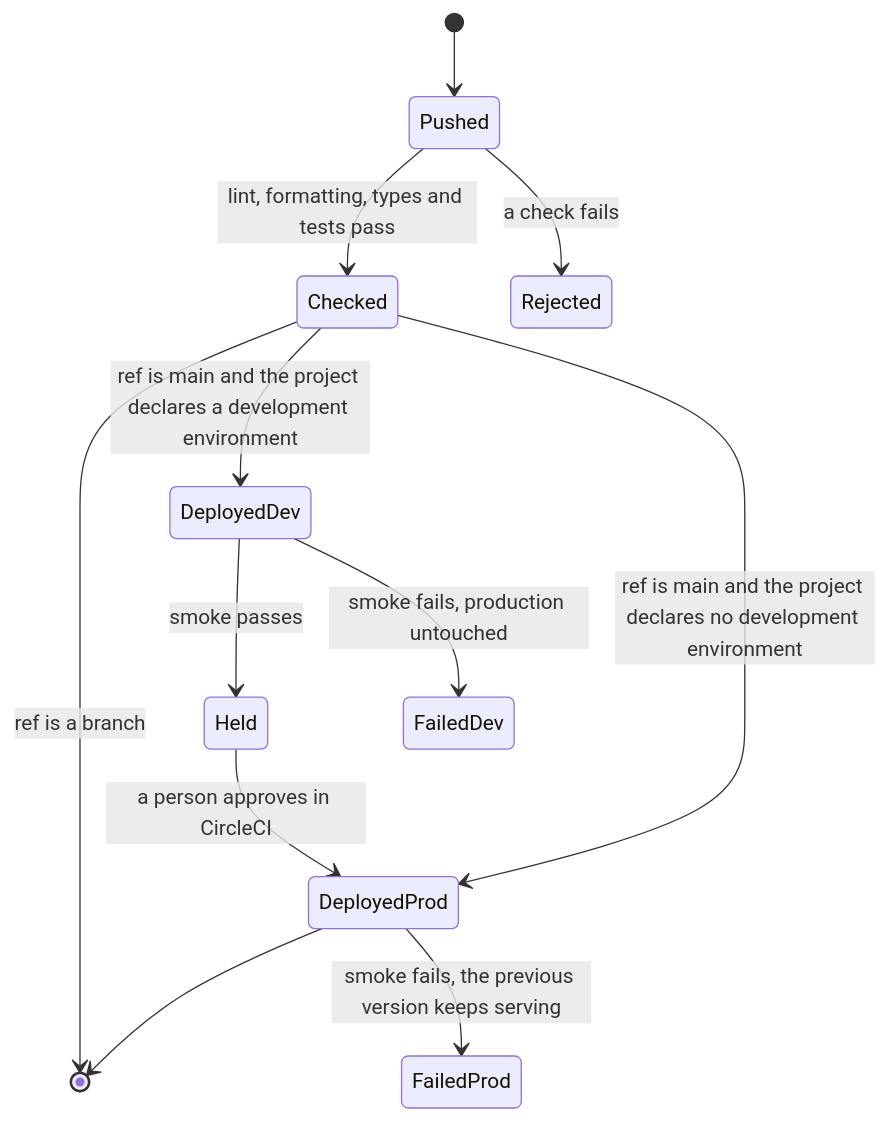
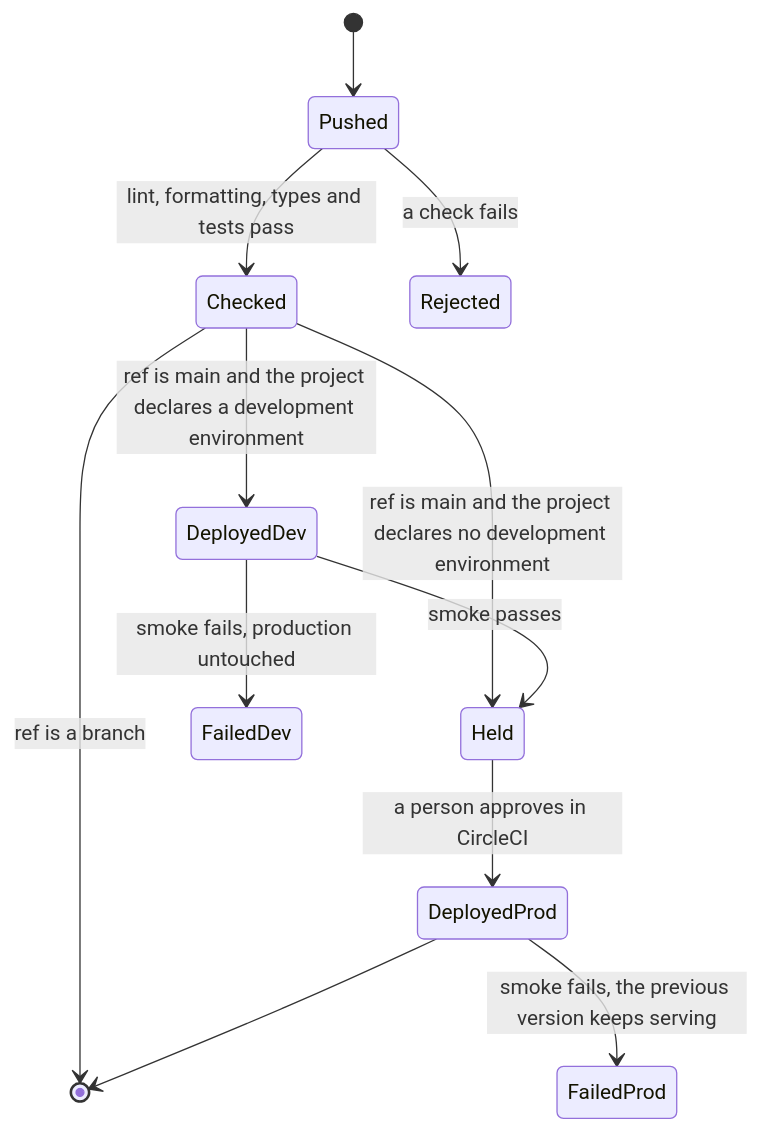
One commit to NextNodeSolutions/infrastructure changed the diagram in README.md. Above: the diagram before and after it, drawn with Mermaid. The commit also changed other lines of this file and 4 other files, not shown here.

````diff
--- a/README.md
+++ b/README.md
@@ -7,14 +7,14 @@
 ```mermaid
 stateDiagram-v2
     [*] --> Pushed
     Pushed --> Checked: lint, formatting, types and tests pass
     Pushed --> Rejected: a check fails
     Checked --> [*]: ref is a branch
     Checked --> DeployedDev: ref is main and the project declares a development environment
-    Checked --> DeployedProd: ref is main and the project declares no development environment
+    Checked --> Held: ref is main and the project declares no development environment
     DeployedDev --> Held: smoke passes
     DeployedDev --> FailedDev: smoke fails, production untouched
     Held --> DeployedProd: a person approves in CircleCI
     DeployedProd --> [*]
     DeployedProd --> FailedProd: smoke fails, the previous version keeps serving
 ```
````
